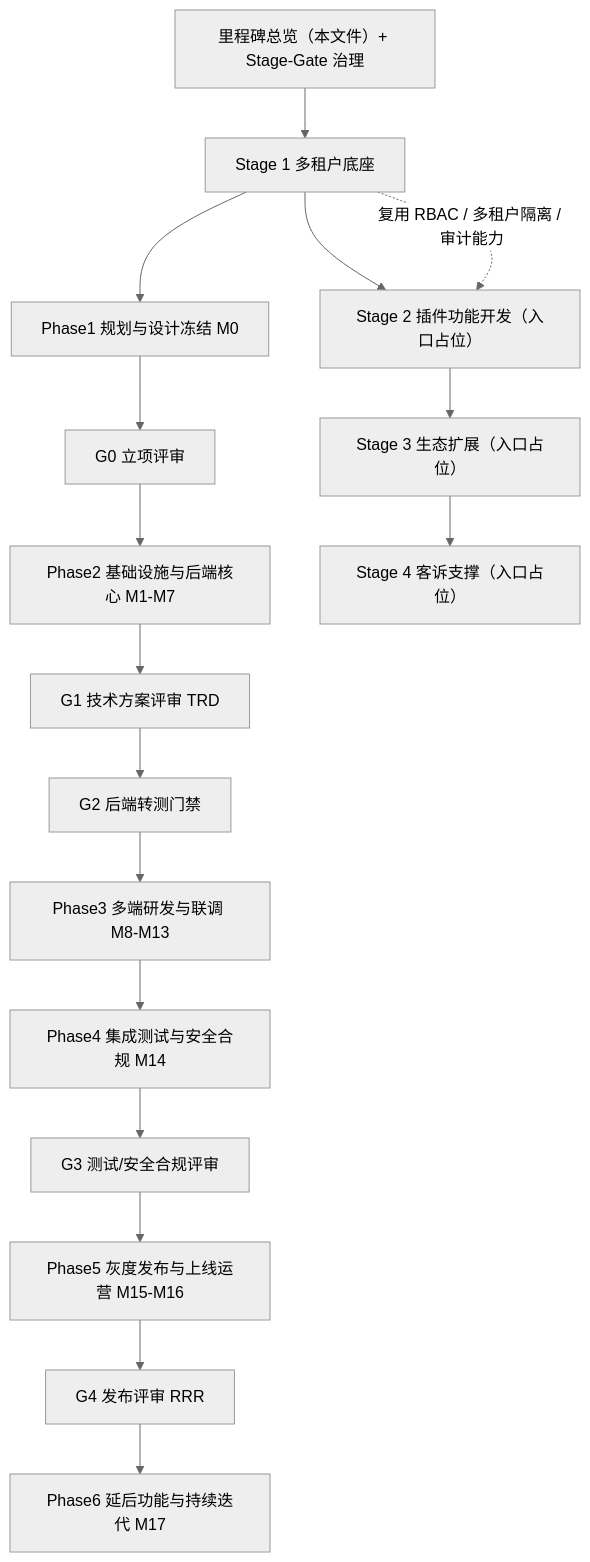
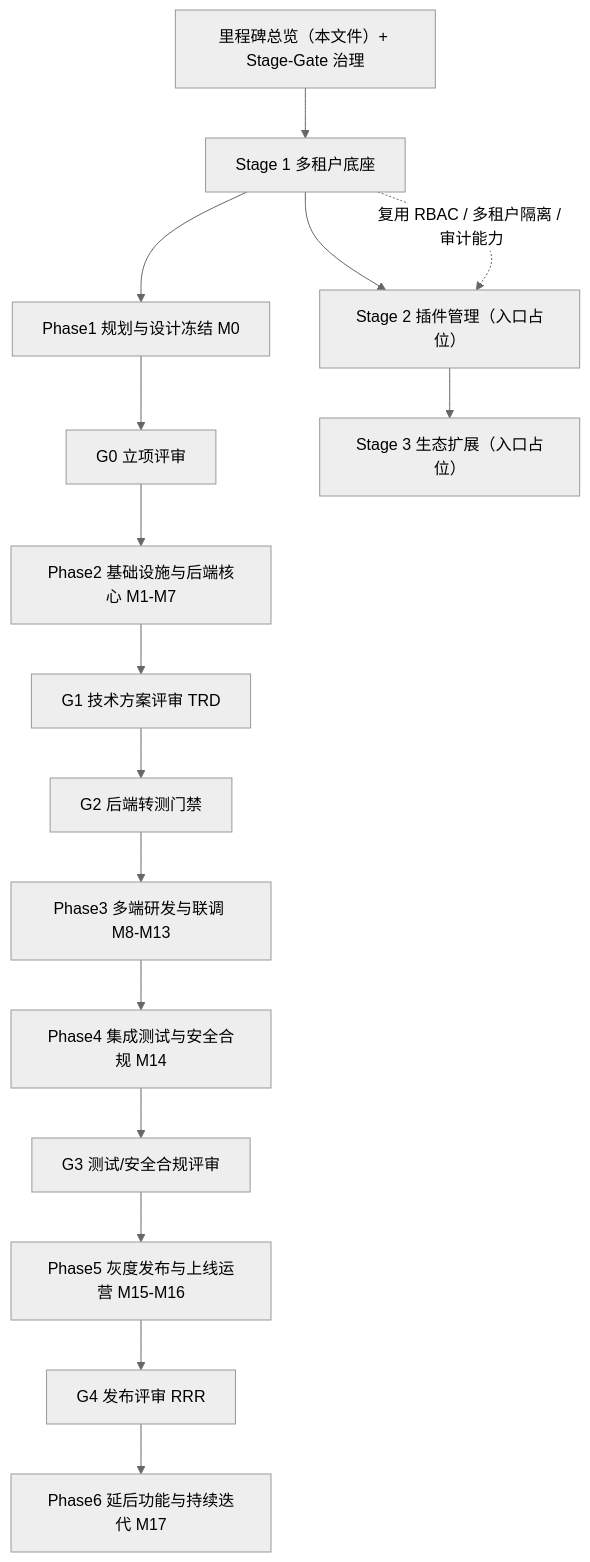
One commit to huangsf89757/XYFamily changed the diagram in wiki/01-项目总览/03-里程碑/里程碑.md. Above: the diagram before and after it, drawn with Mermaid (neutral theme). The commit also changed other lines of this file and 18 other files, not shown here.

````diff
--- a/wiki/01-项目总览/03-里程碑/里程碑.md
+++ b/wiki/01-项目总览/03-里程碑/里程碑.md
@@ -96,23 +94,22 @@
 ```mermaid
 flowchart TD
     TOP["里程碑总览（本文件）+ Stage-Gate 治理"]
     S1["Stage 1 多租户底座"]
     G0["G0 立项评审"]
     G1["G1 技术方案评审 TRD"]
     G2["G2 后端转测门禁"]
     G3["G3 测试/安全合规评审"]
     G4["G4 发布评审 RRR"]
     P1["Phase1 规划与设计冻结 M0"]
     P2["Phase2 基础设施与后端核心 M1-M7"]
     P3["Phase3 多端研发与联调 M8-M13"]
     P4["Phase4 集成测试与安全合规 M14"]
     P5["Phase5 灰度发布与上线运营 M15-M16"]
     P6["Phase6 延后功能与持续迭代 M17"]
-    S2["Stage 2 插件功能开发（入口占位）"]
+    S2["Stage 2 插件管理（入口占位）"]
     S3["Stage 3 生态扩展（入口占位）"]
-    S4["Stage 4 客诉支撑（入口占位）"]
 
-    TOP --> S1 --> S2 --> S3 --> S4
+    TOP --> S1 --> S2 --> S3
     S1 --> P1 --> G0 --> P2 --> G1 --> G2 --> P3 --> P4 --> G3 --> P5 --> G4 --> P6
     S1 -. "复用 RBAC / 多租户隔离 / 审计能力" .-> S2
 ```
````
